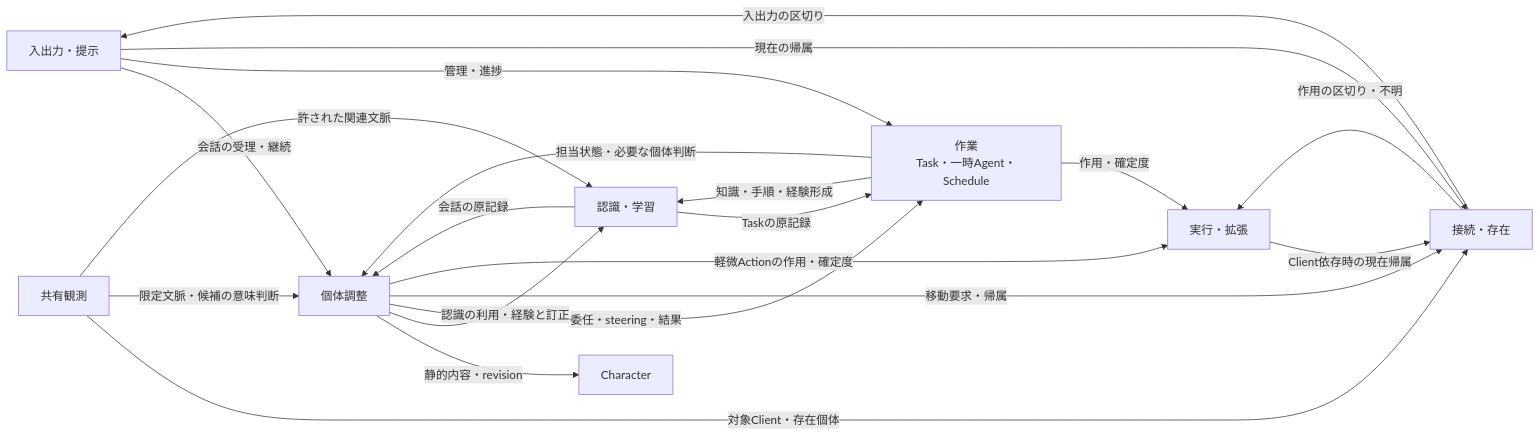
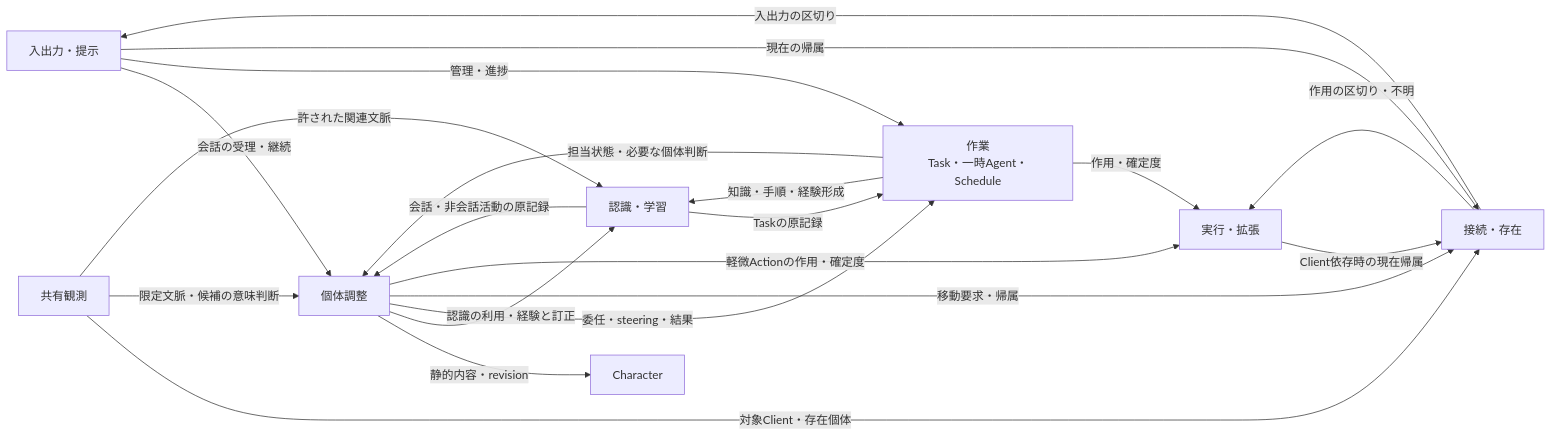
The first of 3 diagrams in docs/design/dependency-rules.md (pexisgle/ene), drawn with Mermaid before and after one commit. The commit also changed other lines of this file and 8 other files, not shown here.

First line of the commit message:
docs: resolve RI-01/RI-02 and F-01/F-02/F-03 from architecture review 1

````diff
--- a/docs/design/dependency-rules.md
+++ b/docs/design/dependency-rules.md
@@ -319,30 +331,30 @@
 ```mermaid
 flowchart LR
     ui["入出力・提示"]
     individual["個体調整"]
     character["Character"]
     work["作業<br/>Task・一時Agent・Schedule"]
     learning["認識・学習"]
     presence["接続・存在"]
     observer["共有観測"]
     execute["実行・拡張"]
     ui -->|"会話の受理・継続"| individual
     ui -->|"管理・進捗"| work
     individual -->|"静的内容・revision"| character
     individual -->|"認識の利用・経験と訂正"| learning
     individual -->|"委任・steering・結果"| work
     work -->|"担当状態・必要な個体判断"| individual
     work -->|"知識・手順・経験形成"| learning
-    learning -->|"会話の原記録"| individual
+    learning -->|"会話・非会話活動の原記録"| individual
     learning -->|"Taskの原記録"| work
     individual -->|"移動要求・帰属"| presence
     observer -->|"対象Client・存在個体"| presence
     observer -->|"限定文脈・候補の意味判断"| individual
     observer -->|"許された関連文脈"| learning
     ui -->|"現在の帰属"| presence
     presence -->|"入出力の区切り"| ui
     presence -->|"作用の区切り・不明"| execute
     execute -->|"Client依存時の現在帰属"| presence
     work -->|"作用・確定度"| execute
     individual -->|"軽微Actionの作用・確定度"| execute
 ```
````
